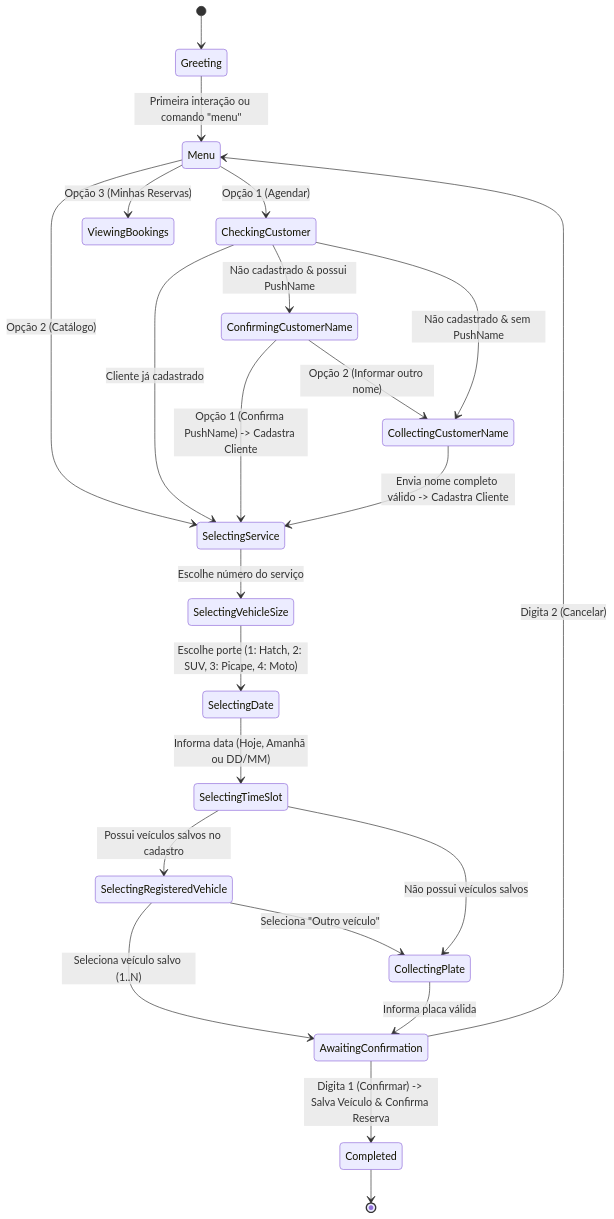
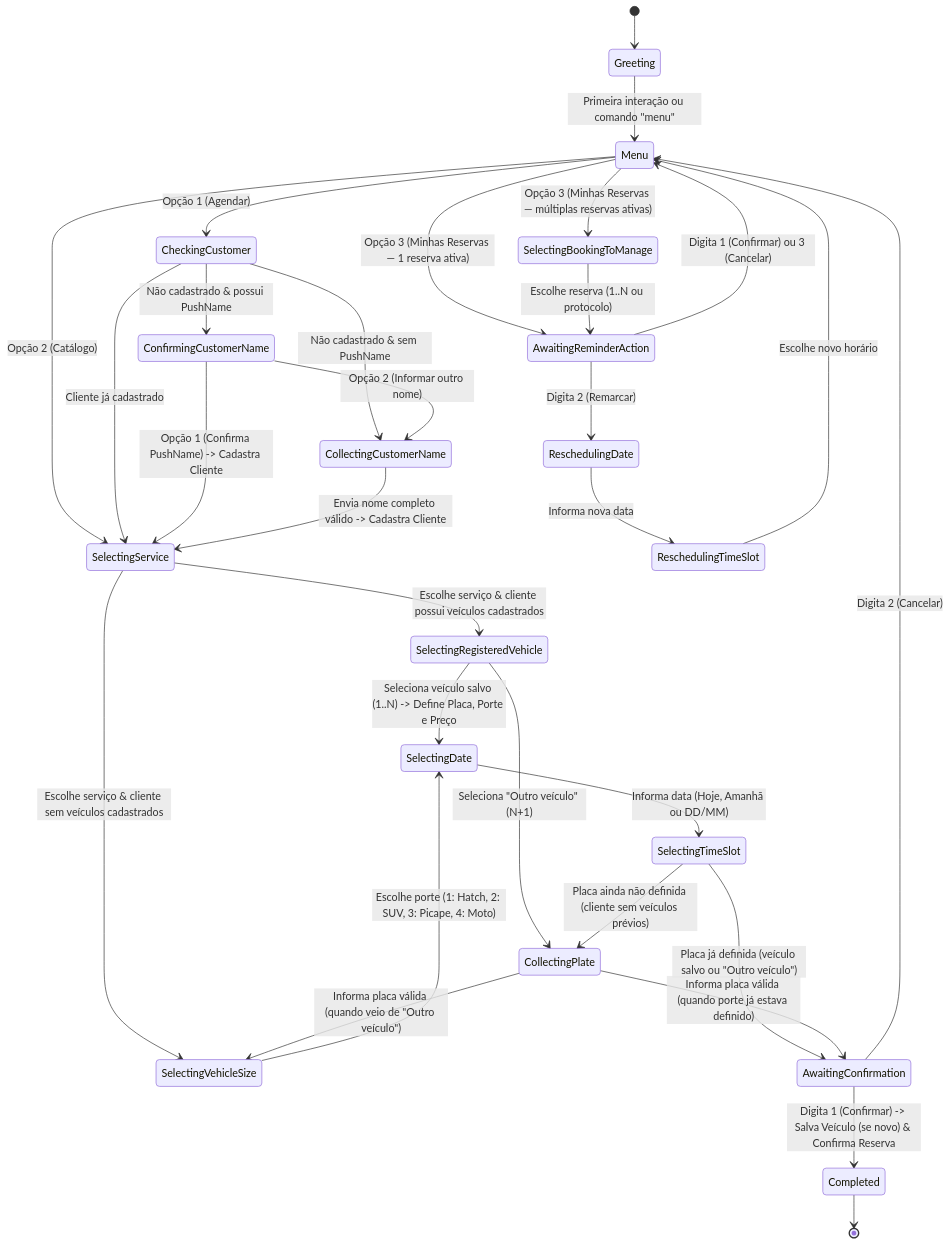
The second of 3 diagrams in docs/living-docs/agendamento-conversacional-4.3.md (ronaldocestrela/lavaway), drawn with Mermaid before and after one commit. The commit also changed other lines of this file and 7 other files, not shown here.

Commit message:
docs: update documentation for WhatsApp conversational booking and reminder features

````diff
--- a/docs/living-docs/agendamento-conversacional-4.3.md
+++ b/docs/living-docs/agendamento-conversacional-4.3.md
@@ -70,31 +75,41 @@
 ```mermaid
 stateDiagram-v2
     [*] --> Greeting
     Greeting --> Menu: Primeira interação ou comando "menu"
     
     Menu --> SelectingService: Opção 2 (Catálogo)
-    Menu --> ViewingBookings: Opção 3 (Minhas Reservas)
+    Menu --> AwaitingReminderAction: Opção 3 (Minhas Reservas — 1 reserva ativa)
+    Menu --> SelectingBookingToManage: Opção 3 (Minhas Reservas — múltiplas reservas ativas)
+    SelectingBookingToManage --> AwaitingReminderAction: Escolhe reserva (1..N ou protocolo)
+    AwaitingReminderAction --> Menu: Digita 1 (Confirmar) ou 3 (Cancelar)
+    AwaitingReminderAction --> ReschedulingDate: Digita 2 (Remarcar)
+    ReschedulingDate --> ReschedulingTimeSlot: Informa nova data
+    ReschedulingTimeSlot --> Menu: Escolhe novo horário
     
     Menu --> CheckingCustomer: Opção 1 (Agendar)
     CheckingCustomer --> SelectingService: Cliente já cadastrado
     CheckingCustomer --> ConfirmingCustomerName: Não cadastrado & possui PushName
     CheckingCustomer --> CollectingCustomerName: Não cadastrado & sem PushName
     
     ConfirmingCustomerName --> SelectingService: Opção 1 (Confirma PushName) -> Cadastra Cliente
     ConfirmingCustomerName --> CollectingCustomerName: Opção 2 (Informar outro nome)
     CollectingCustomerName --> SelectingService: Envia nome completo válido -> Cadastra Cliente
     
-    SelectingService --> SelectingVehicleSize: Escolhe número do serviço
+    SelectingService --> SelectingRegisteredVehicle: Escolhe serviço & cliente possui veículos cadastrados
+    SelectingService --> SelectingVehicleSize: Escolhe serviço & cliente sem veículos cadastrados
+    
+    SelectingRegisteredVehicle --> SelectingDate: Seleciona veículo salvo (1..N) -> Define Placa, Porte e Preço
+    SelectingRegisteredVehicle --> CollectingPlate: Seleciona "Outro veículo" (N+1)
+    CollectingPlate --> SelectingVehicleSize: Informa placa válida (quando veio de "Outro veículo")
+    
     SelectingVehicleSize --> SelectingDate: Escolhe porte (1: Hatch, 2: SUV, 3: Picape, 4: Moto)
     SelectingDate --> SelectingTimeSlot: Informa data (Hoje, Amanhã ou DD/MM)
     
-    SelectingTimeSlot --> SelectingRegisteredVehicle: Possui veículos salvos no cadastro
-    SelectingRegisteredVehicle --> AwaitingConfirmation: Seleciona veículo salvo (1..N)
-    SelectingRegisteredVehicle --> CollectingPlate: Seleciona "Outro veículo"
+    SelectingTimeSlot --> AwaitingConfirmation: Placa já definida (veículo salvo ou "Outro veículo")
+    SelectingTimeSlot --> CollectingPlate: Placa ainda não definida (cliente sem veículos prévios)
+    CollectingPlate --> AwaitingConfirmation: Informa placa válida (quando porte já estava definido)
     
-    SelectingTimeSlot --> CollectingPlate: Não possui veículos salvos
-    CollectingPlate --> AwaitingConfirmation: Informa placa válida
-    AwaitingConfirmation --> Completed: Digita 1 (Confirmar) -> Salva Veículo & Confirma Reserva
+    AwaitingConfirmation --> Completed: Digita 1 (Confirmar) -> Salva Veículo (se novo) & Confirma Reserva
     AwaitingConfirmation --> Menu: Digita 2 (Cancelar)
     Completed --> [*]
 ```
````
